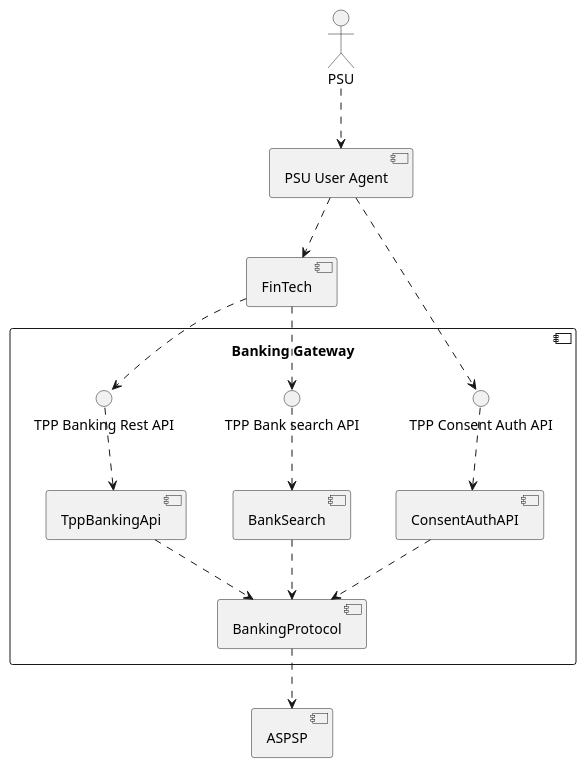
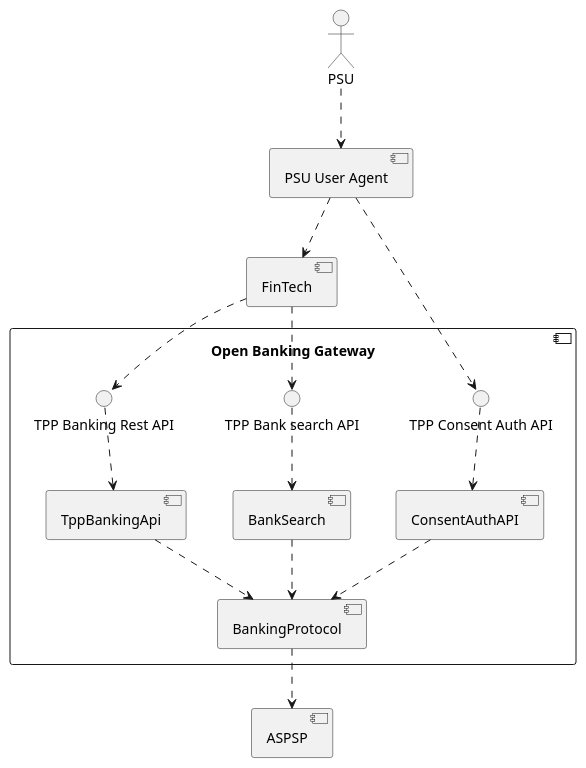
Before and after one commit to adorsys/open-banking-gateway: the diagram in docs/architecture/building_blocks/02.whitebox_overall.puml, drawn with PlantUML.

Commit message:
updated project name in description

```diff
--- a/docs/architecture/building_blocks/02.whitebox_overall.puml
+++ b/docs/architecture/building_blocks/02.whitebox_overall.puml
@@ -1,38 +1,38 @@
 @startuml
 
 skinparam componentStyle uml2
 
 actor PSU
 component "PSU User Agent" as PsuUserAgent
 component FinTech
 
-component "Banking Gateway" as opba {
+component "Open Banking Gateway" as opba {
     interface "TPP Bank search API" as BankSearchAPI
     interface "TPP Consent Auth API" as PsuConsentAuthAPI
     interface "TPP Banking Rest API" as BankingAPI
 
     component "BankingProtocol" as BankingProtocol
     component "BankSearch"
     component "TppBankingApi"
     component "ConsentAuthAPI"
 
     TppBankingApi ..> BankingProtocol
     BankSearch ..> BankingProtocol
     ConsentAuthAPI ..> BankingProtocol
 
     BankingAPI ..> TppBankingApi
     BankSearchAPI ..> BankSearch
     PsuConsentAuthAPI ..> ConsentAuthAPI
 }
 
 component ASPSP
 
 FinTech ..> BankingAPI
 FinTech ..> BankSearchAPI
 PsuUserAgent ..> PsuConsentAuthAPI
 PsuUserAgent ..> FinTech
 PSU ..> PsuUserAgent
 
 BankingProtocol ..> ASPSP
 
 @enduml
```
